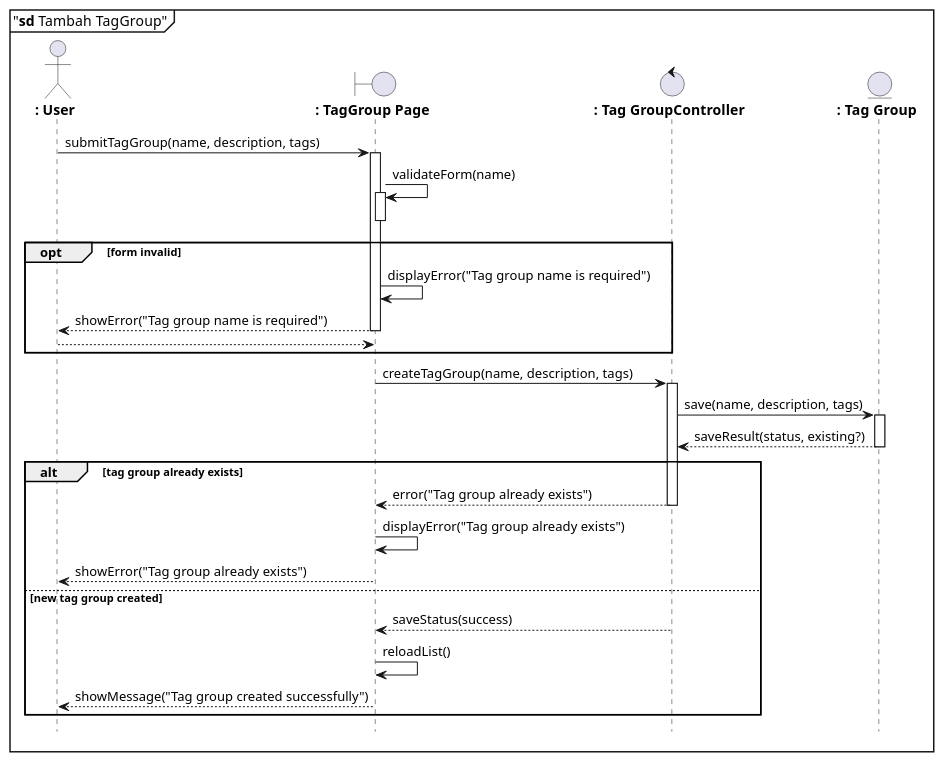
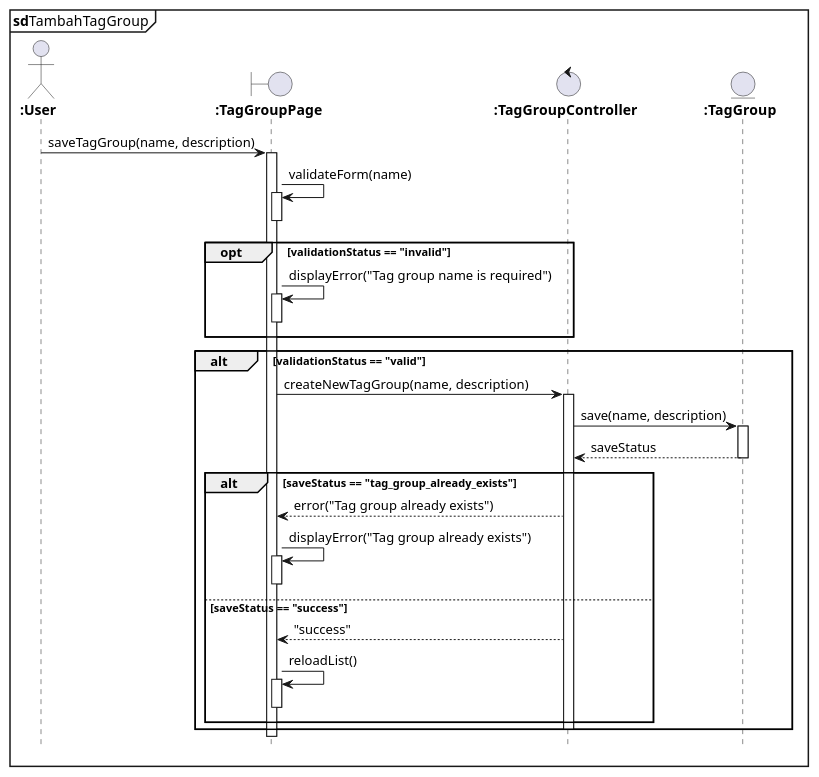
One commit to azrappp/learning_uml2.0_pmul changed the diagram in tambah_grubtag.puml. Above: the diagram before and after it, drawn with PlantUML. The commit also changed 24 other files, not shown here.

```diff
--- a/tambah_grubtag.puml
+++ b/tambah_grubtag.puml
@@ -1,47 +1,52 @@
 @startuml
-mainframe "**sd** Tambah TagGroup"
+mainframe **sd**TambahTagGroup
 hide footbox
 
-actor "**: User**" as User
-boundary "**: TagGroup Page**" as TagGroupPage
-control "**: Tag GroupController**" as TagGroupController
-entity  "**: Tag Group**" as TagGroupRepository
+actor "**:User**" as User
+boundary "**:TagGroupPage**" as TagGroupPage
+control "**:TagGroupController**" as TagGroupController
+entity "**:TagGroup**" as TagGroupRepository
 
-User -> TagGroupPage : submitTagGroup(name, description, tags)
+User -> TagGroupPage : saveTagGroup(name, description)
 activate TagGroupPage
 
+' Pesan divalidasi dan mengembalikan status'
 TagGroupPage -> TagGroupPage : validateForm(name)
 activate TagGroupPage
 deactivate TagGroupPage
-
-opt form invalid
+' Guard [opt] sekarang menggunakan nilai balasan secara eksplisit'
+opt validationStatus == "invalid"
     TagGroupPage -> TagGroupPage : displayError("Tag group name is required")
-    TagGroupPage --> User : showError("Tag group name is required")
+    activate TagGroupPage
     deactivate TagGroupPage
-    return
 end
 
-' If valid, send to controller
-TagGroupPage -> TagGroupController : createTagGroup(name, description, tags)
-deactivate TagGroupPage
-activate TagGroupController
+' Guard [alt] sekarang menggunakan nilai balasan secara eksplisit'
+alt validationStatus == "valid"
+    TagGroupPage -> TagGroupController : createNewTagGroup(name, description)
+    activate TagGroupController
 
-TagGroupController -> TagGroupRepository : save(name, description, tags)
-activate TagGroupRepository
-TagGroupRepository --> TagGroupController : saveResult(status, existing?)
-deactivate TagGroupRepository
+        TagGroupController -> TagGroupRepository : save(name, description)
+        activate TagGroupRepository
+        ' Pesan balasan harus berupa nilai yang dapat dievaluasi'
+        TagGroupRepository --> TagGroupController : saveStatus
+        deactivate TagGroupRepository
 
-alt tag group already exists
-    TagGroupController --> TagGroupPage : error("Tag group already exists")
+        ' Guard disesuaikan untuk tag group'
+        alt saveStatus == "tag_group_already_exists"
+            TagGroupController --> TagGroupPage : error("Tag group already exists")
+            TagGroupPage -> TagGroupPage : displayError("Tag group already exists")
+            activate TagGroupPage
+            deactivate TagGroupPage
+        else saveStatus == "success"
+            TagGroupController --> TagGroupPage : "success"
+            TagGroupPage -> TagGroupPage : reloadList()
+            activate TagGroupPage
+            deactivate TagGroupPage
+        end
+
     deactivate TagGroupController
-    TagGroupPage -> TagGroupPage : displayError("Tag group already exists")
-    TagGroupPage --> User : showError("Tag group already exists")
-else new tag group created
-    TagGroupController --> TagGroupPage : saveStatus(success)
-    deactivate TagGroupController
-    TagGroupPage -> TagGroupPage : reloadList()
-    TagGroupPage --> User : showMessage("Tag group created successfully")
 end
 
 deactivate TagGroupPage
 @enduml
```
